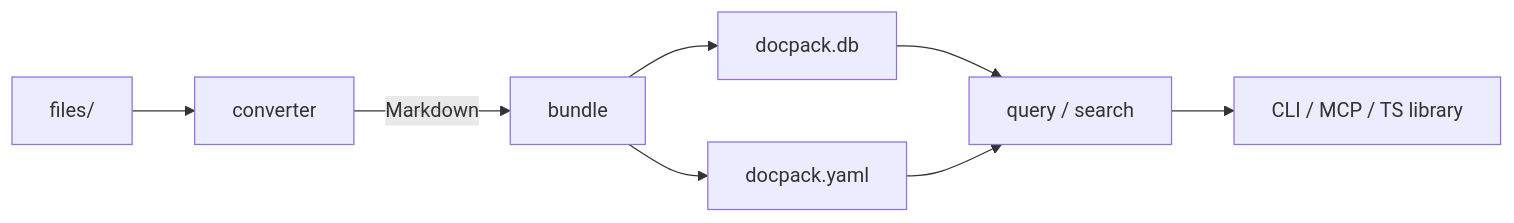
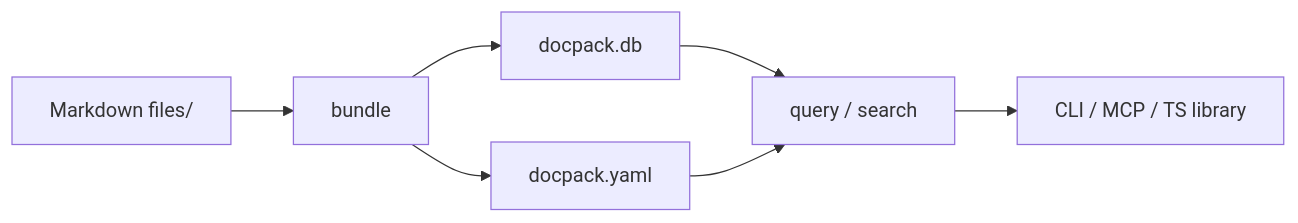
The first of 2 diagrams in README.md (rlemaigre/docpack), drawn with Mermaid before and after one commit. The commit also changed other lines of this file and 1 other file, not shown here.

First line of the commit message:
Update docs: clarify Markdown-only input scope

````diff
--- a/README.md
+++ b/README.md
@@ -84,10 +90,9 @@
 ```mermaid
 flowchart LR
-    A[files/] --> B[converter]
-    B -->|Markdown| C[bundle]
-    C --> D[docpack.db]
-    C --> E[docpack.yaml]
-    D --> F[query / search]
-    E --> F
-    F --> G[CLI / MCP / TS library]
+    A[Markdown files/] --> B[bundle]
+    B --> C[docpack.db]
+    B --> D[docpack.yaml]
+    C --> E[query / search]
+    D --> E
+    E --> F[CLI / MCP / TS library]
 ```
````
